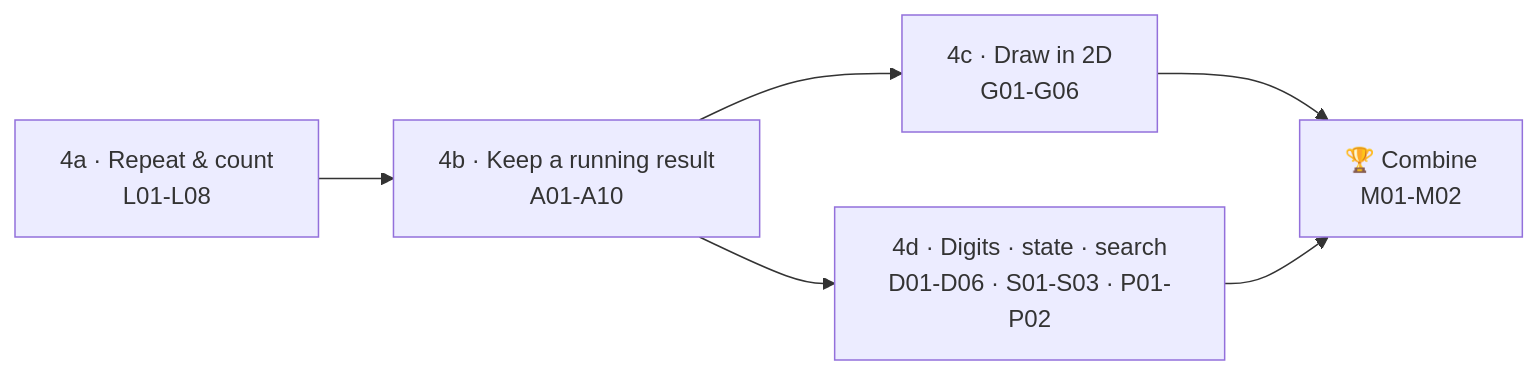
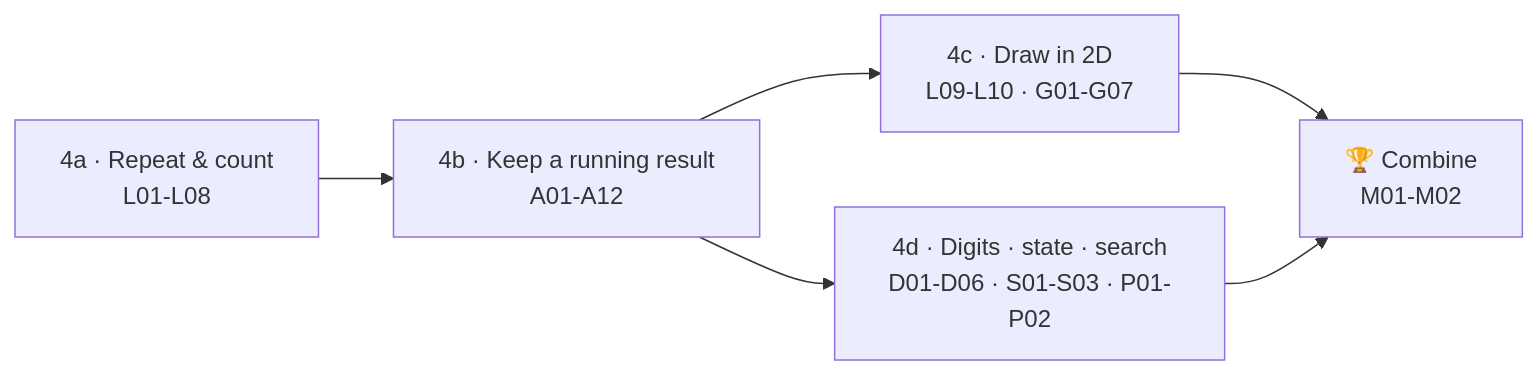
One commit to lfarci/csharp-programming-fundamentals changed the third of 5 diagrams in ROADMAP.md. Above: the diagram before and after it, drawn with Mermaid. The commit also changed other lines of this file and 64 other files, not shown here.

````diff
--- a/ROADMAP.md
+++ b/ROADMAP.md
@@ -128,10 +136,10 @@
 ```mermaid
 flowchart LR
     accTitle: The four loop sub-steps
-    accDescr: 4a repeat and count (L01 to L08) leads to 4b running result (A01 to A10). 4b leads to 4c draw in 2D and to 4d digits, state and search. Both 4c and 4d lead to Combine (M01, M02).
-    A["4a · Repeat & count<br/>L01-L08"] --> B["4b · Keep a running result<br/>A01-A10"]
-    B --> C["4c · Draw in 2D<br/>G01-G06"]
+    accDescr: 4a repeat and count (L01 to L08) leads to 4b running result (A01 to A12). 4b leads to 4c draw in 2D (one row first with L09 and L10, then G01 to G07) and to 4d digits, state and search. Both 4c and 4d lead to Combine (M01, M02).
+    A["4a · Repeat & count<br/>L01-L08"] --> B["4b · Keep a running result<br/>A01-A12"]
+    B --> C["4c · Draw in 2D<br/>L09-L10 · G01-G07"]
     B --> D["4d · Digits · state · search<br/>D01-D06 · S01-S03 · P01-P02"]
     C --> E["🏆 Combine<br/>M01-M02"]
     D --> E
 ```
````
